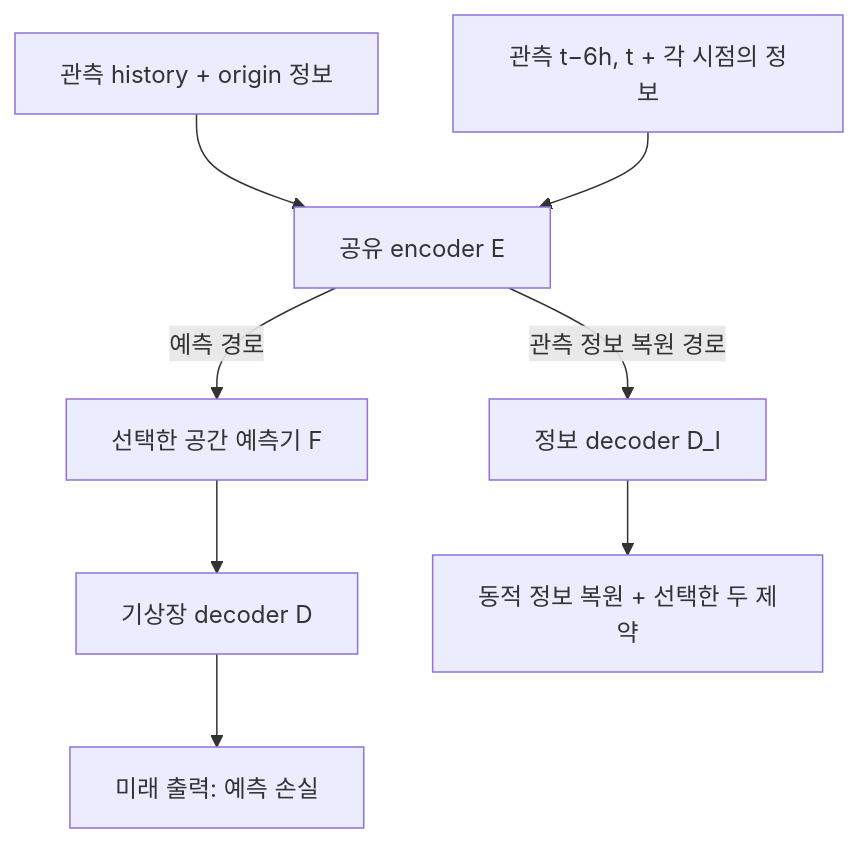
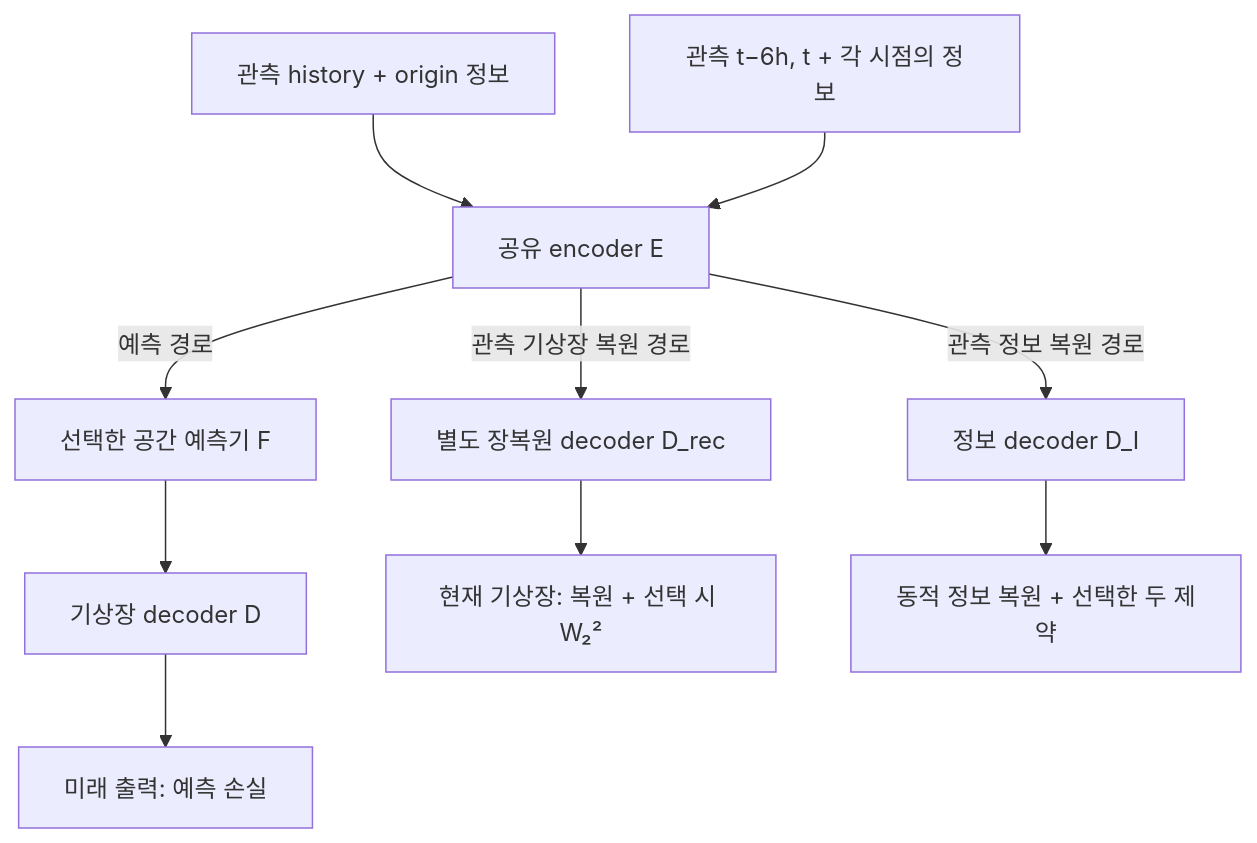
The diagram in docs/split_manifold_constraints.md (nayehyeon61-glitch/climate_manifold), drawn with Mermaid before and after one commit. The commit also changed other lines of this file and 14 other files, not shown here.

````diff
--- a/docs/split_manifold_constraints.md
+++ b/docs/split_manifold_constraints.md
@@ -7,10 +8,12 @@
 ```mermaid
 flowchart TD
     H["관측 history + origin 정보"] --> E["공유 encoder E"]
     O["관측 t−6h, t + 각 시점의 정보"] --> E
     E -->|"예측 경로"| F["선택한 공간 예측기 F"]
     F --> D["기상장 decoder D"]
+    E -->|"관측 기상장 복원 경로"| DR["별도 장복원 decoder D_rec"]
     E -->|"관측 정보 복원 경로"| I["정보 decoder D_I"]
     D --> P["미래 출력: 예측 손실"]
+    DR --> SR["현재 기상장: 복원 + 선택 시 W₂²"]
     I --> R["동적 정보 복원 + 선택한 두 제약"]
 ```
````
